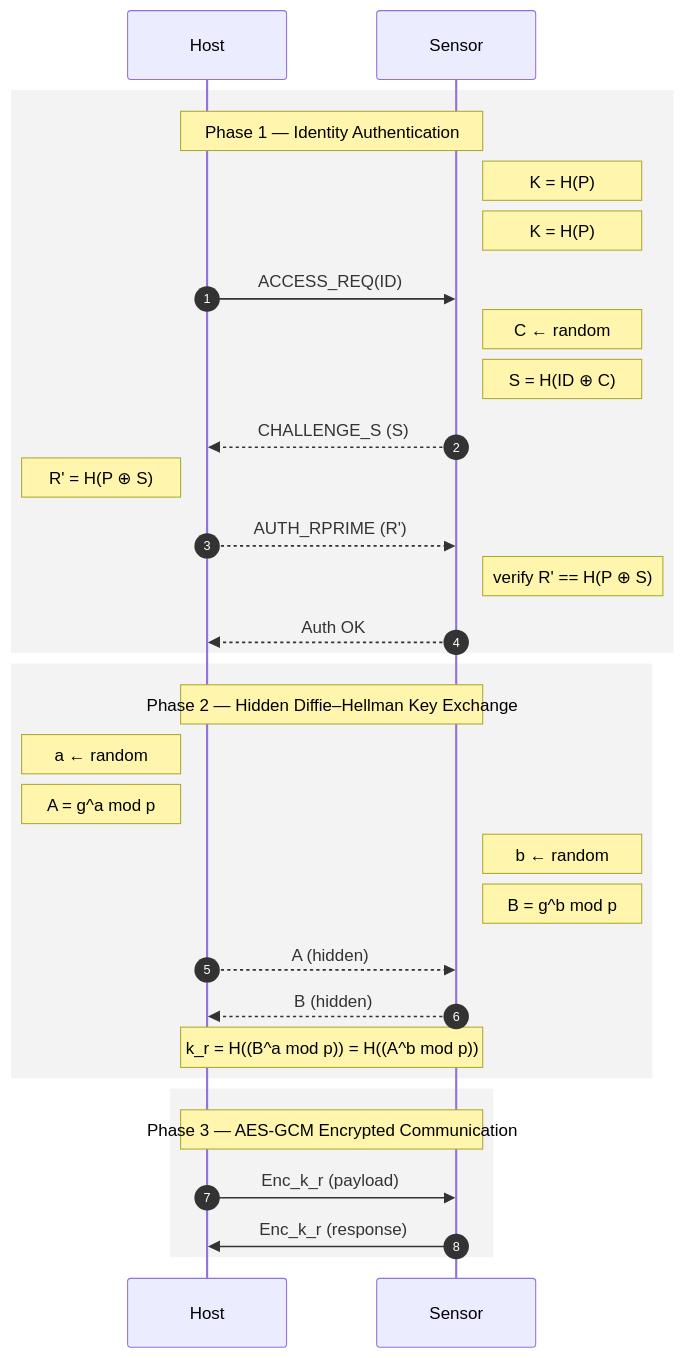
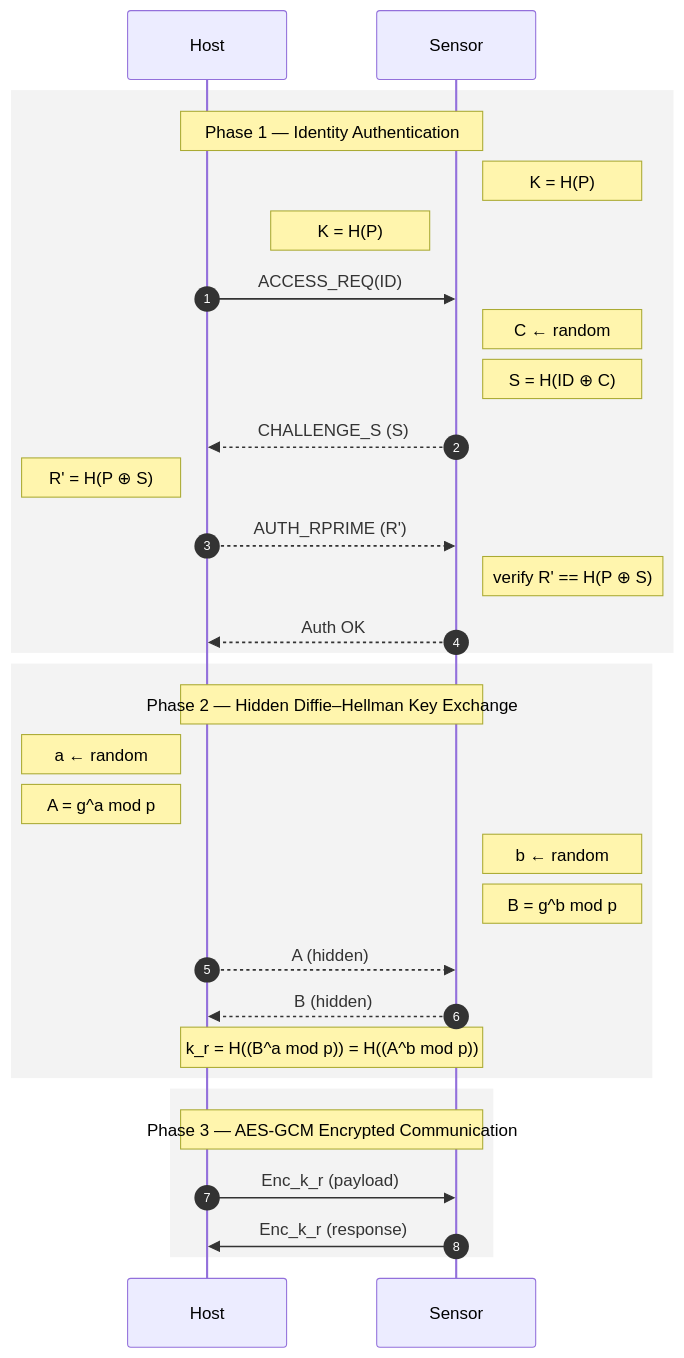
Before and after one commit to TracerWWW/iodraw-files: the diagram in all/kr.md, drawn with Mermaid.

Commit message:
2026-01-30 02:45:48 update

````diff
--- a/all/kr.md
+++ b/all/kr.md
@@ -1,59 +1,60 @@
 ```mermaid
 sequenceDiagram
     autonumber
     participant Host
     participant Sensor
 
     %% =========================
     %% Phase 1: Identity Authentication
     %% =========================
     rect rgba(220,220,220,0.35)
     Note over Host,Sensor: Phase 1 — Identity Authentication
 
     Note right of Sensor: K = H(P)
-    Note right of Sensor: K = H(P)
+    Note left of Sensor: K = H(P)
+
     Host->>Sensor: ACCESS_REQ(ID)
 
     Note right of Sensor: C ← random
     Note right of Sensor: S = H(ID ⊕ C)
 
     Sensor-->>Host: CHALLENGE_S (S)
 
     Note left of Host: R' = H(P ⊕ S)
 
     Host-->>Sensor: AUTH_RPRIME (R')
 
     Note right of Sensor: verify R' == H(P ⊕ S)
 
     Sensor-->>Host: Auth OK
     end
 
     %% =========================
     %% Phase 2: Hidden Diffie–Hellman
     %% =========================
     rect rgba(220,220,220,0.35)
     Note over Host,Sensor: Phase 2 — Hidden Diffie–Hellman Key Exchange
 
     Note left of Host: a ← random
     Note left of Host: A = g^a mod p
 
     Note right of Sensor: b ← random
     Note right of Sensor: B = g^b mod p
 
     Host-->>Sensor: A (hidden)
     Sensor-->>Host: B (hidden)
 
     Note over Host,Sensor: k_r = H((B^a mod p)) = H((A^b mod p))
     end
 
     %% =========================
     %% Phase 3: Encrypted Communication
     %% =========================
     rect rgba(220,220,220,0.35)
     Note over Host,Sensor: Phase 3 — AES-GCM Encrypted Communication
 
     Host->>Sensor: Enc_k_r (payload)
     Sensor->>Host: Enc_k_r (response)
     end
 
 ```
````
